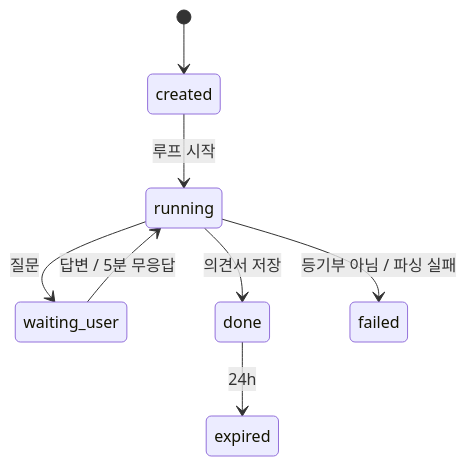
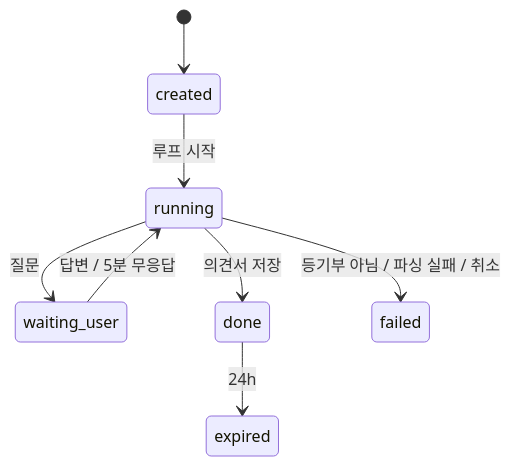
The second of 2 diagrams in docs/specs/06-DOM/JSD-DOM-001.md (HoyoungParkme/deposit-guard), drawn with Mermaid before and after one commit. The commit also changed other lines of this file, not shown here.

First line of the commit message:
ERD·DD 형식으로 재구성 — ERD·DD·인덱스 절 추가, DTO는 DOM-002로 이관

````diff
--- a/docs/specs/06-DOM/JSD-DOM-001.md
+++ b/docs/specs/06-DOM/JSD-DOM-001.md
@@ -105,10 +80,10 @@
 ```mermaid
 stateDiagram-v2
     [*] --> created
     created --> running : 루프 시작
     running --> waiting_user : 질문
     waiting_user --> running : 답변 / 5분 무응답
     running --> done : 의견서 저장
-    running --> failed : 등기부 아님 / 파싱 실패
+    running --> failed : 등기부 아님 / 파싱 실패 / 취소
     done --> expired : 24h
 ```
````
